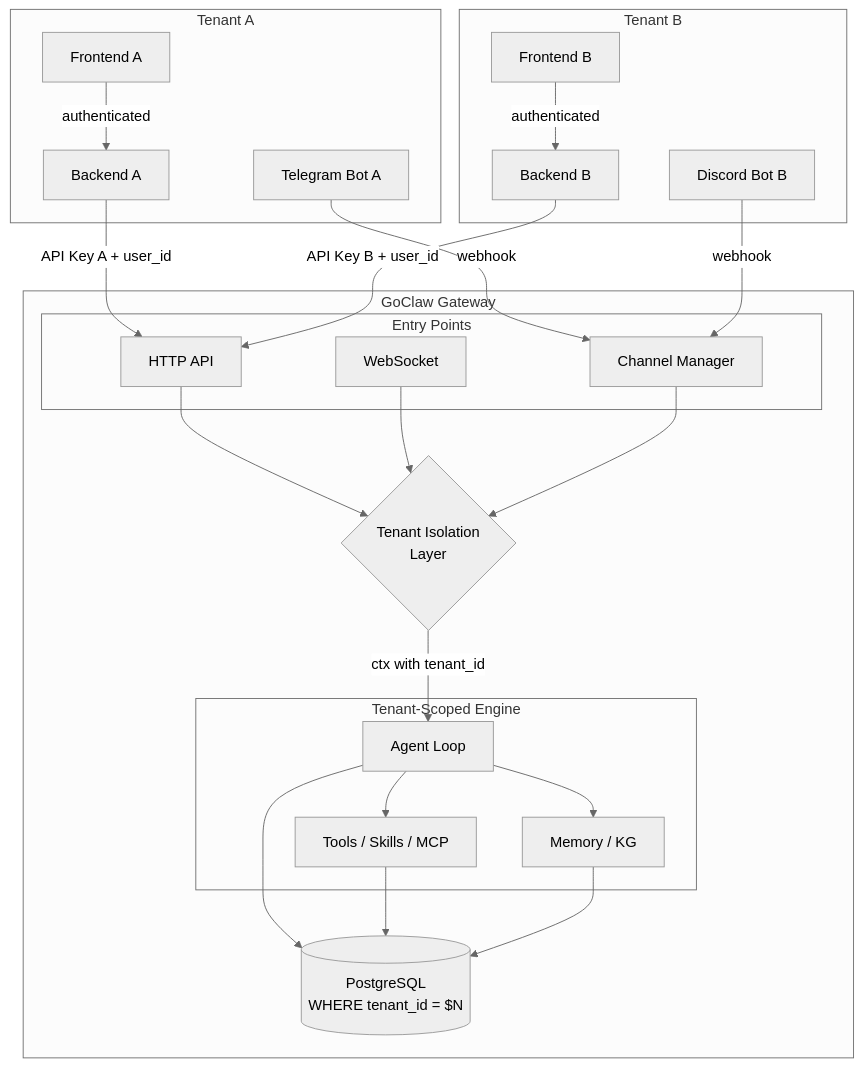
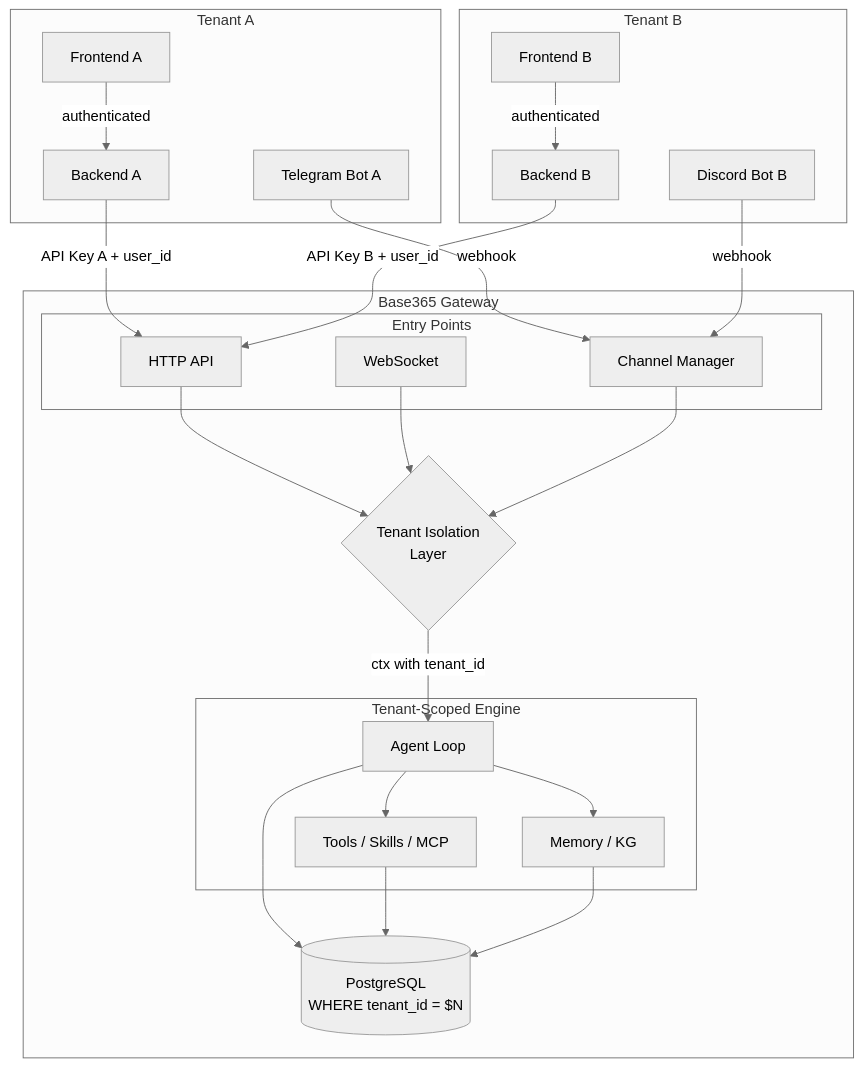
Before and after one commit to edyoCampos/base365: the second of 6 diagrams in docs/23-multi-tenant-architecture.md, drawn with Mermaid (neutral theme). The commit also changed other lines of this file and 2108 other files, not shown here.

Commit message:
refactor: rebrand GoClaw -> Base365 (conteudo e caminhos)

````diff
--- a/docs/23-multi-tenant-architecture.md
+++ b/docs/23-multi-tenant-architecture.md
@@ -53,51 +53,51 @@
 ```mermaid
 graph TB
     subgraph "Tenant A"
         FEa[Frontend A]
         BEa[Backend A]
         TGa[Telegram Bot A]
     end
 
     subgraph "Tenant B"
         FEb[Frontend B]
         BEb[Backend B]
         DCb[Discord Bot B]
     end
 
-    subgraph "GoClaw Gateway"
+    subgraph "Base365 Gateway"
         subgraph "Entry Points"
             HTTP[HTTP API]
             WS[WebSocket]
             CH[Channel Manager]
         end
 
         TI{Tenant Isolation<br/>Layer}
 
         subgraph "Tenant-Scoped Engine"
             AG[Agent Loop]
             TOOLS[Tools / Skills / MCP]
             MEM[Memory / KG]
         end
 
         DB[(PostgreSQL<br/>WHERE tenant_id = $N)]
     end
 
     FEa -->|authenticated| BEa
     BEa -->|API Key A + user_id| HTTP
     TGa -->|webhook| CH
 
     FEb -->|authenticated| BEb
     BEb -->|API Key B + user_id| HTTP
     DCb -->|webhook| CH
 
     HTTP --> TI
     WS --> TI
     CH --> TI
 
     TI -->|ctx with tenant_id| AG
     AG --> TOOLS
     AG --> MEM
     AG --> DB
     TOOLS --> DB
     MEM --> DB
 ```
````
